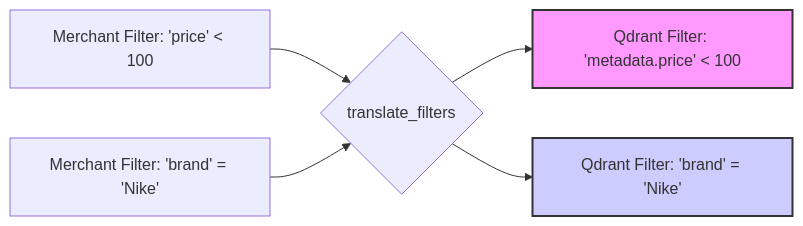
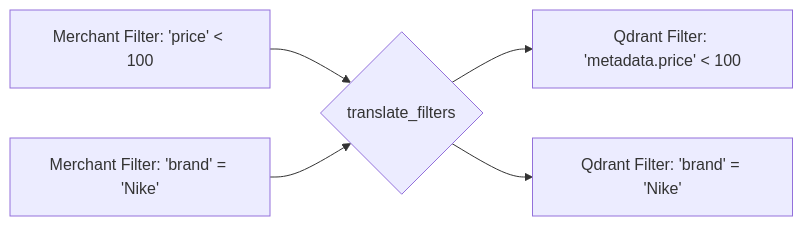
One commit to TGSupreme/DD-Shopify-recommendation-unified changed the fifth of 5 diagrams in 00_docs/diagrams.md. Above: the diagram before and after it, drawn with Mermaid. The commit also changed other lines of this file and 7 other files, not shown here.

````diff
--- a/00_docs/diagrams.md
+++ b/00_docs/diagrams.md
@@ -151,11 +155,8 @@
 ```mermaid
 graph LR
     A[Merchant Filter: 'price' < 100] --> B{translate_filters}
     C[Merchant Filter: 'brand' = 'Nike'] --> B
     
     B --> D[Qdrant Filter: 'metadata.price' < 100]
     B --> E[Qdrant Filter: 'brand' = 'Nike']
-    
-    style D fill:#f9f,stroke:#333,stroke-width:2px
-    style E fill:#ccf,stroke:#333,stroke-width:2px
 ```
````
